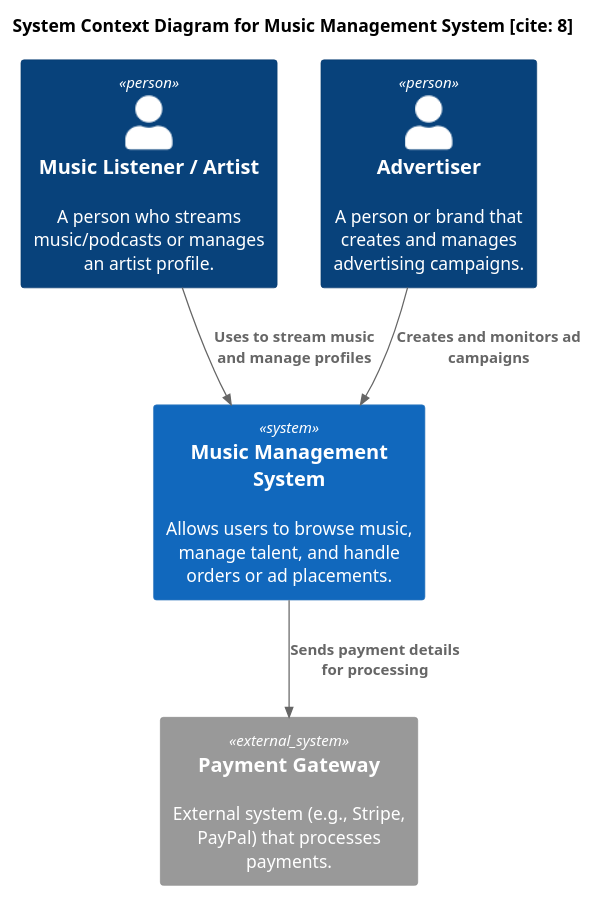
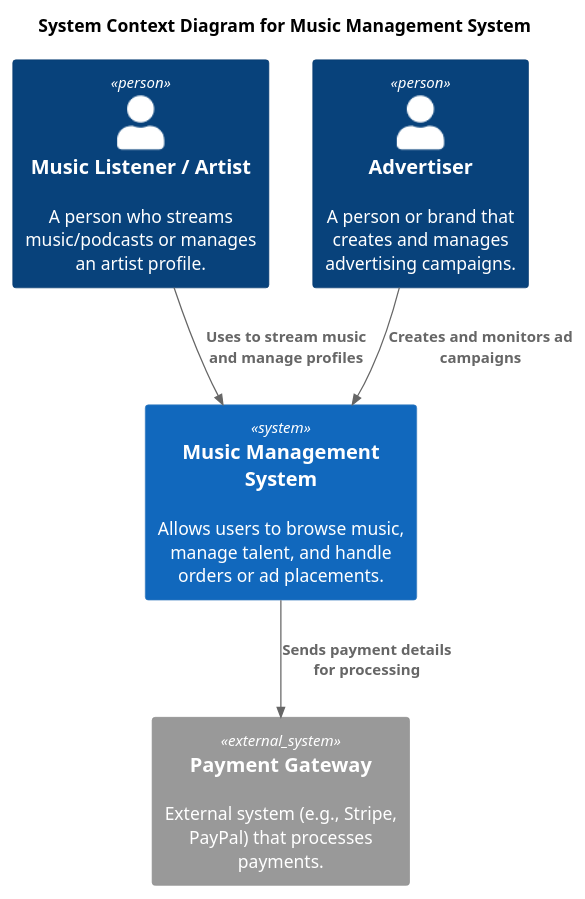
The diagram in diagrams/C4_Level1_context.puml (Malick-Konate/country_music_application_microservices), drawn with PlantUML before and after one commit.

Commit message:
Update title in System Context Diagram for Music Management System

```diff
--- a/diagrams/C4_Level1_context.puml
+++ b/diagrams/C4_Level1_context.puml
@@ -1,21 +1,21 @@
 @startuml C4_Level1_context
 !include https://raw.githubusercontent.com/plantuml-stdlib/C4-PlantUML/master/C4_Context.puml
 
-title System Context Diagram for Music Management System [cite: 8]
+title System Context Diagram for Music Management System
 
 ' Actors (Users) [cite: 47]
 Person(user, "Music Listener / Artist", "A person who streams music/podcasts or manages an artist profile.")
 Person(advertiser, "Advertiser", "A person or brand that creates and manages advertising campaigns.")
 
 ' Your System [cite: 48]
 System(music_system, "Music Management System", "Allows users to browse music, manage talent, and handle orders or ad placements.")
 
 ' External Systems [cite: 49]
 System_Ext(payment, "Payment Gateway", "External system (e.g., Stripe, PayPal) that processes payments.")
 
 ' Relationships [cite: 51]
 Rel(user, music_system, "Uses to stream music and manage profiles")
 Rel(advertiser, music_system, "Creates and monitors ad campaigns")
 Rel(music_system, payment, "Sends payment details for processing")
 
 @enduml
```
